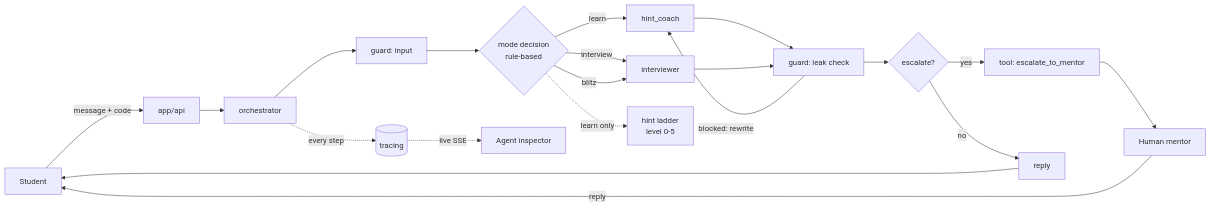
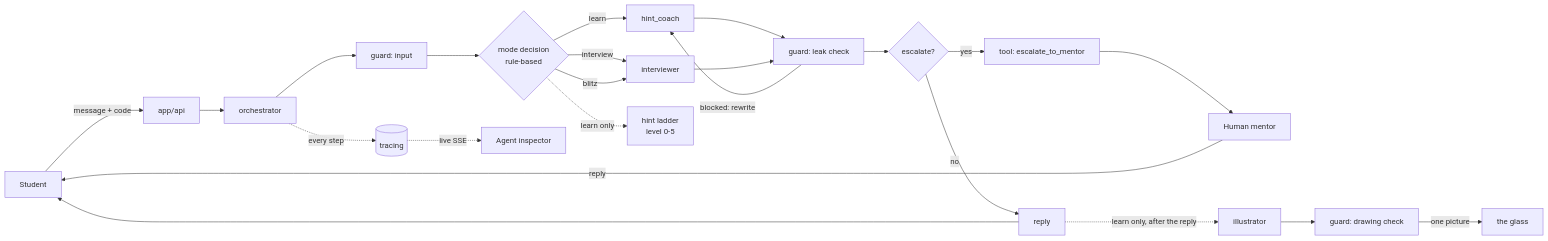
The diagram in docs/ARCHITECTURE.md (Damzy-23/sensei), drawn with Mermaid before and after one commit. The commit also changed other lines of this file and 2 other files, not shown here.

Commit message:
Docs: the drawing event, the illustrator and its guardrails

````diff
--- a/docs/ARCHITECTURE.md
+++ b/docs/ARCHITECTURE.md
@@ -25,21 +25,23 @@
 ```mermaid
 flowchart LR
     S[Student] -->|message + code| API[app/api]
     API --> O[orchestrator]
     O --> GI[guard: input]
     GI --> M{mode decision<br/>rule-based}
     M -->|learn| HC[hint_coach]
     M -->|interview| IV[interviewer]
     M -->|blitz| IV
     M -. learn only .-> L[hint ladder<br/>level 0-5]
     HC --> GO[guard: leak check]
     IV --> GO
     GO -->|blocked: rewrite| HC
     GO --> E{escalate?}
     E -->|yes| T[tool: escalate_to_mentor] --> H[Human mentor]
     E -->|no| R[reply]
     H -->|reply| S
     R --> S
+    R -. learn only, after the reply .-> IL[illustrator]
+    IL --> GD[guard: drawing check] -->|one picture| GL[the glass]
     O -. every step .-> TR[(tracing)]
     TR -. live SSE .-> INS[Agent inspector]
 ```
````
